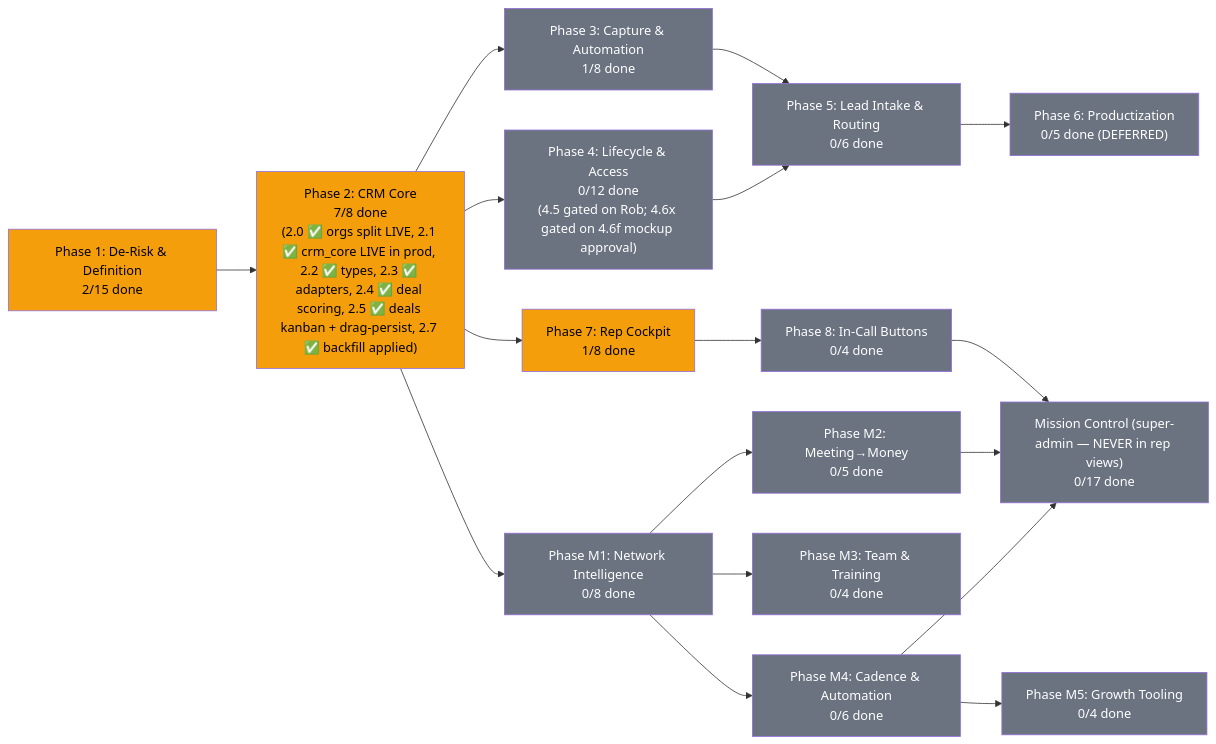
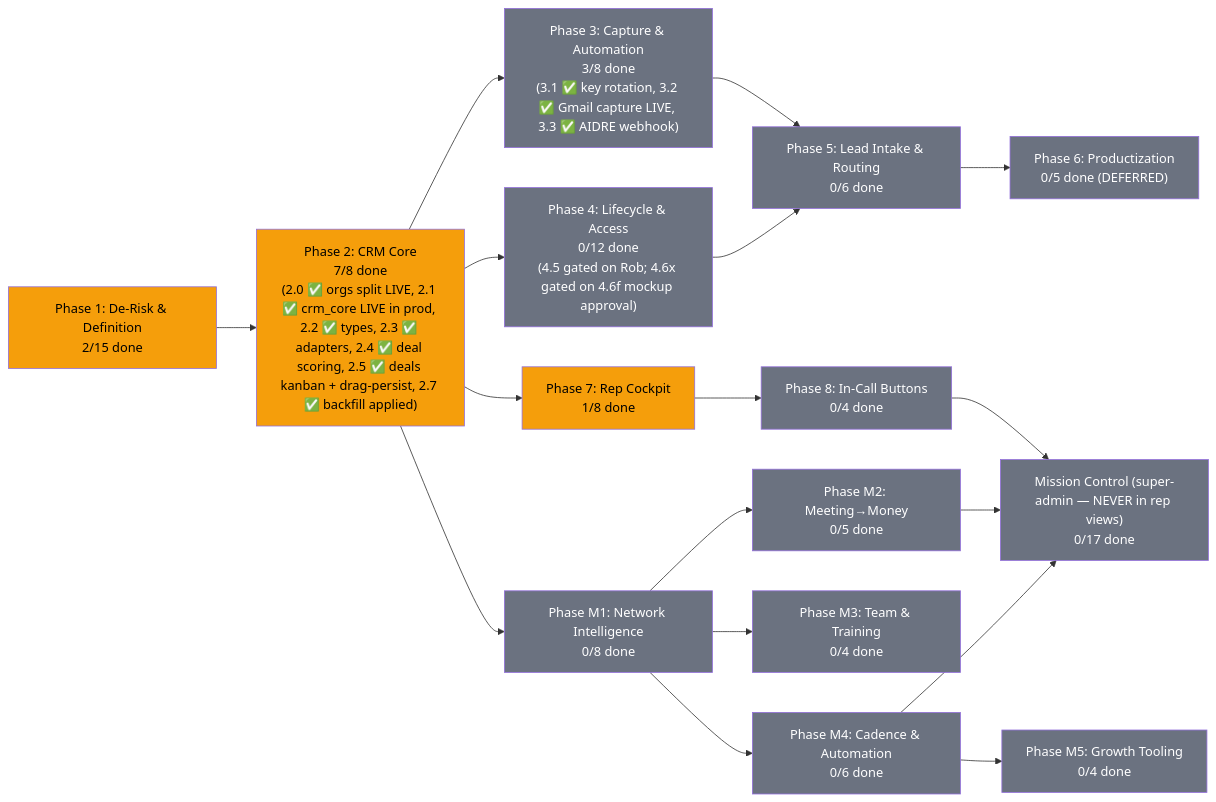
One commit to blacklabelbob/mle-rob-dashboard changed the diagram in docs/plans/PRD-mle-crm.md. Above: the diagram before and after it, drawn with Mermaid. The commit also changed other lines of this file and 6 other files, not shown here.

````diff
--- a/docs/plans/PRD-mle-crm.md
+++ b/docs/plans/PRD-mle-crm.md
@@ -24,34 +24,34 @@
 ```mermaid
 flowchart LR
     P1["Phase 1: De-Risk & Definition<br/>2/15 done"] --> P2["Phase 2: CRM Core<br/>7/8 done<br/>(2.0 ✅ orgs split LIVE, 2.1 ✅ crm_core LIVE in prod, 2.2 ✅ types, 2.3 ✅ adapters, 2.4 ✅ deal scoring, 2.5 ✅ deals kanban + drag-persist, 2.7 ✅ backfill applied)"]
-    P2 --> P3["Phase 3: Capture & Automation<br/>1/8 done"]
+    P2 --> P3["Phase 3: Capture & Automation<br/>3/8 done<br/>(3.1 ✅ key rotation, 3.2 ✅ Gmail capture LIVE, 3.3 ✅ AIDRE webhook)"]
     P2 --> P4["Phase 4: Lifecycle & Access<br/>0/12 done<br/>(4.5 gated on Rob; 4.6x gated on 4.6f mockup approval)"]
     P2 --> P7["Phase 7: Rep Cockpit<br/>1/8 done"]
     P7 --> P8["Phase 8: In-Call Buttons<br/>0/4 done"]
     P3 --> P5["Phase 5: Lead Intake & Routing<br/>0/6 done"]
     P4 --> P5
     P5 --> P6["Phase 6: Productization<br/>0/5 done (DEFERRED)"]
     P2 --> M1["Phase M1: Network Intelligence<br/>0/8 done"]
     M1 --> M2["Phase M2: Meeting→Money<br/>0/5 done"]
     M1 --> M3["Phase M3: Team & Training<br/>0/4 done"]
     M1 --> M4["Phase M4: Cadence & Automation<br/>0/6 done"]
     M4 --> M5["Phase M5: Growth Tooling<br/>0/4 done"]
     P8 --> MC["Mission Control (super-admin — NEVER in rep views)<br/>0/17 done"]
     M2 --> MC
     M4 --> MC
 
     style P1 fill:#f59e0b,color:#000
     style P2 fill:#f59e0b,color:#000
     style P3 fill:#6b7280,color:#fff
     style P4 fill:#6b7280,color:#fff
     style P5 fill:#6b7280,color:#fff
     style P6 fill:#6b7280,color:#fff
     style P7 fill:#f59e0b,color:#000
     style P8 fill:#6b7280,color:#fff
     style M1 fill:#6b7280,color:#fff
     style M2 fill:#6b7280,color:#fff
     style M3 fill:#6b7280,color:#fff
     style M4 fill:#6b7280,color:#fff
     style M5 fill:#6b7280,color:#fff
     style MC fill:#6b7280,color:#fff
 ```
````
